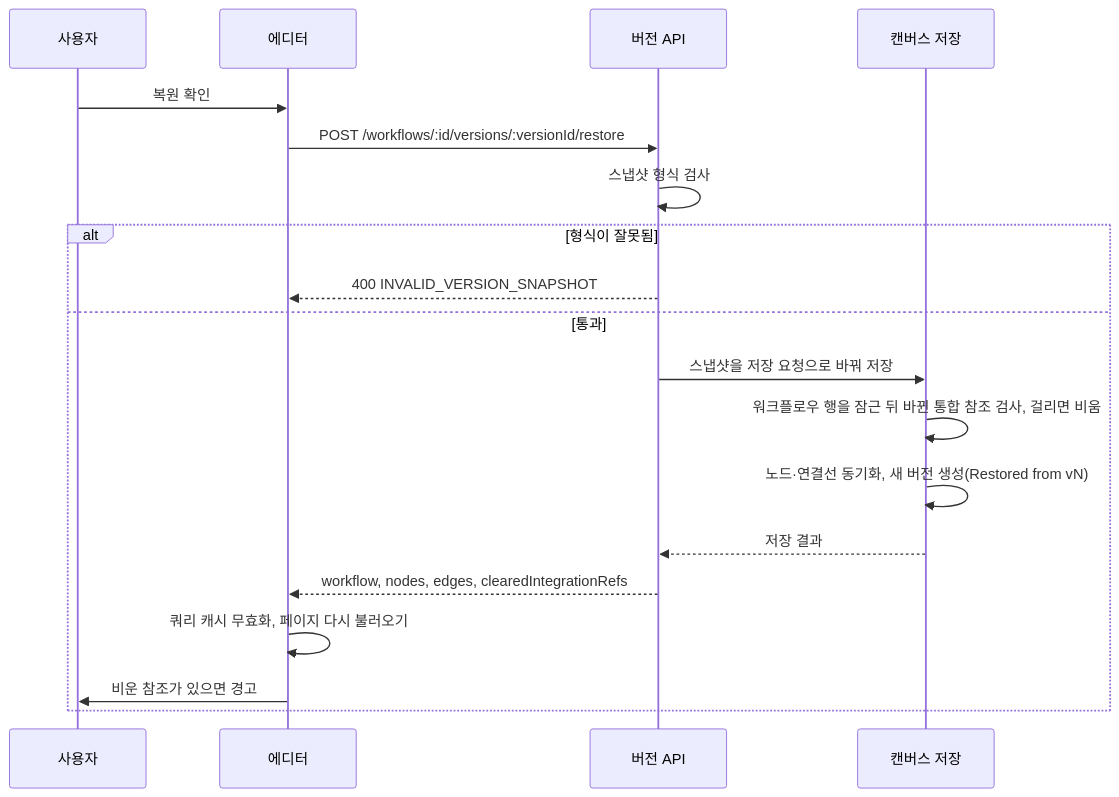
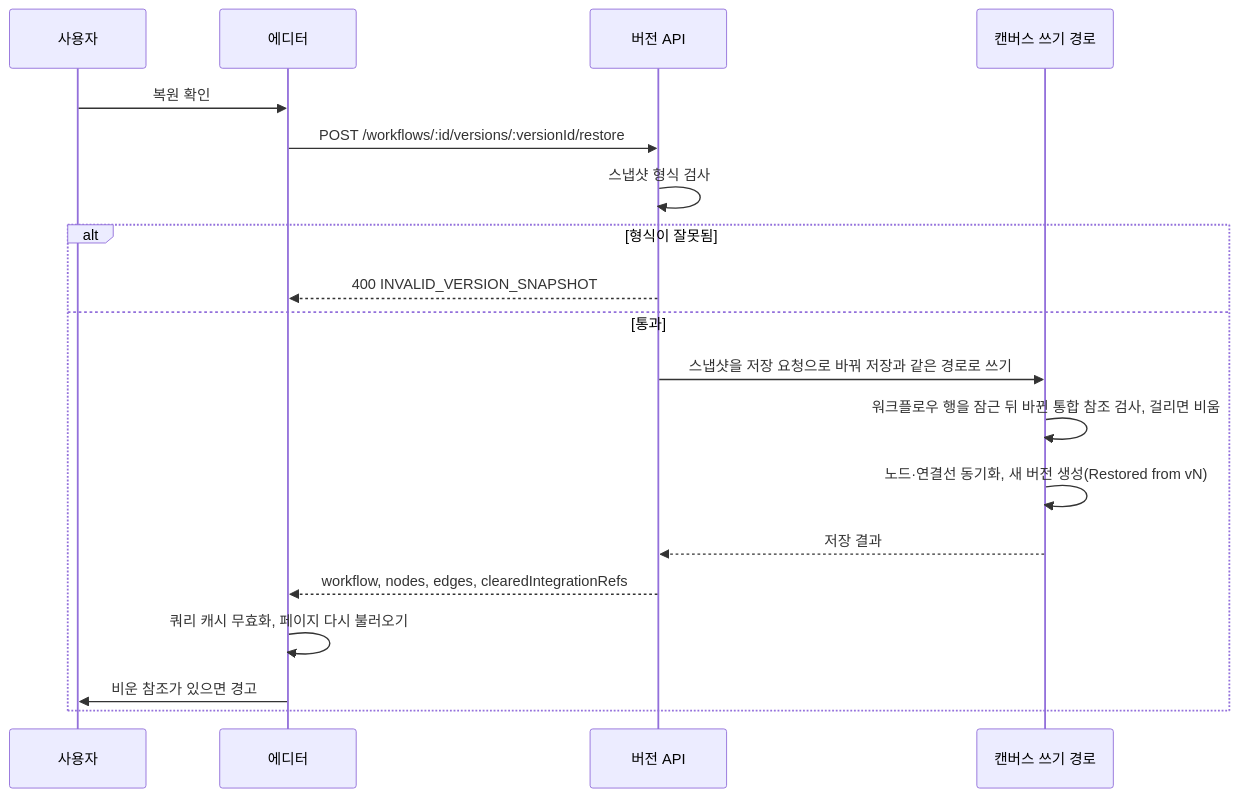
The diagram in spec/CLE-WF/CLE-WF-VERSION.md (worker-ants/clemvion), drawn with Mermaid before and after one commit. The commit also changed other lines of this file and 21 other files, not shown here.

````diff
--- a/spec/CLE-WF/CLE-WF-VERSION.md
+++ b/spec/CLE-WF/CLE-WF-VERSION.md
@@ -115,21 +115,21 @@
 ```mermaid
 sequenceDiagram
   participant U as 사용자
   participant FE as 에디터
   participant API as 버전 API
-  participant SC as 캔버스 저장
+  participant SC as 캔버스 쓰기 경로
   U->>FE: 복원 확인
   FE->>API: POST /workflows/:id/versions/:versionId/restore
   API->>API: 스냅샷 형식 검사
   alt 형식이 잘못됨
     API-->>FE: 400 INVALID_VERSION_SNAPSHOT
   else 통과
-    API->>SC: 스냅샷을 저장 요청으로 바꿔 저장
+    API->>SC: 스냅샷을 저장 요청으로 바꿔 저장과 같은 경로로 쓰기
     SC->>SC: 워크플로우 행을 잠근 뒤 바뀐 통합 참조 검사, 걸리면 비움
     SC->>SC: 노드·연결선 동기화, 새 버전 생성(Restored from vN)
     SC-->>API: 저장 결과
     API-->>FE: workflow, nodes, edges, clearedIntegrationRefs
     FE->>FE: 쿼리 캐시 무효화, 페이지 다시 불러오기
     FE->>U: 비운 참조가 있으면 경고
   end
 ```
````
